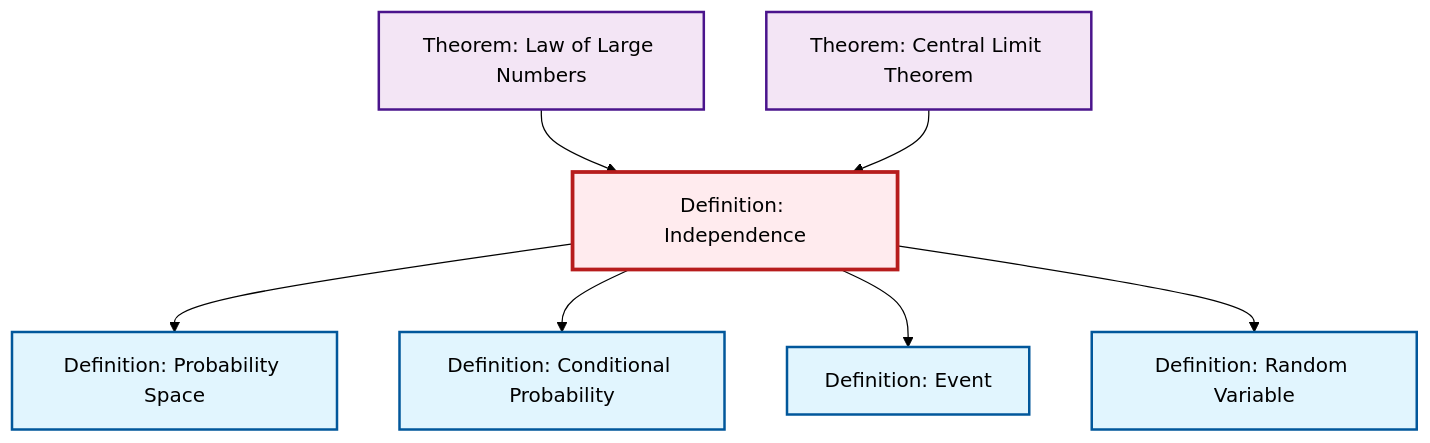
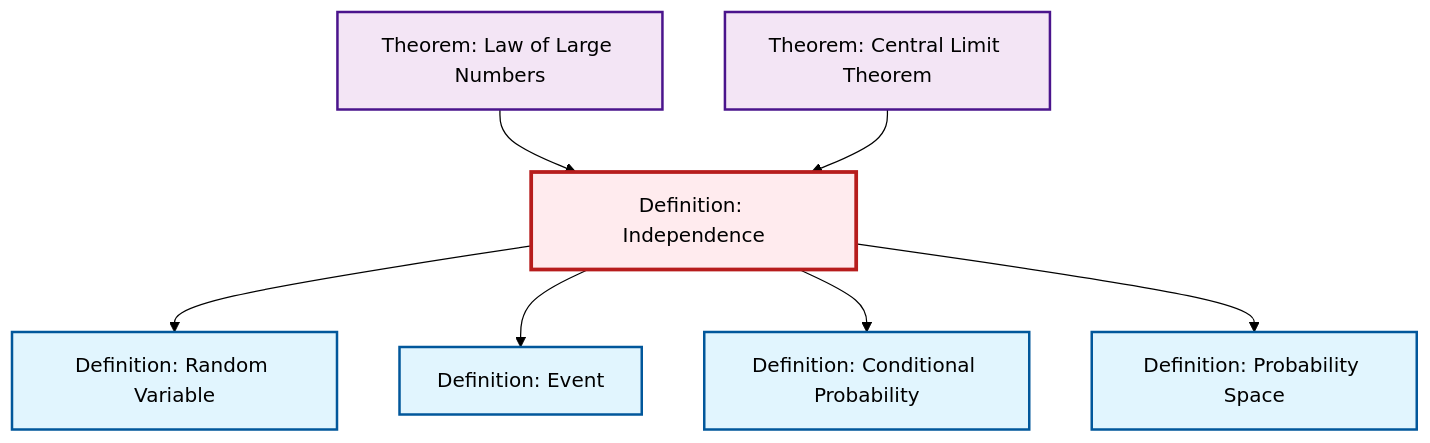
One commit to RK0429/ModernMath changed the diagram in content/en/probability-statistics/def-independence.qmd. Above: the diagram before and after it, drawn with Mermaid (forest theme). The commit also changed other lines of this file and 597 other files, not shown here.

````diff
--- a/content/en/probability-statistics/def-independence.qmd
+++ b/content/en/probability-statistics/def-independence.qmd
@@ -113,29 +113,29 @@
 ```{mermaid}
 %%| fig-cap: "Local dependency graph"
 graph TD
     classDef definition fill:#e1f5fe,stroke:#01579b,stroke-width:2px
     classDef theorem fill:#f3e5f5,stroke:#4a148c,stroke-width:2px
     classDef axiom fill:#fff3e0,stroke:#e65100,stroke-width:2px
     classDef example fill:#e8f5e9,stroke:#1b5e20,stroke-width:2px
     classDef current fill:#ffebee,stroke:#b71c1c,stroke-width:3px
     def-probability-space["Definition: Probability Space"]:::definition
+    thm-law-of-large-numbers["Theorem: Law of Large Numbers"]:::theorem
+    def-conditional-probability["Definition: Conditional Probability"]:::definition
+    def-random-variable["Definition: Random Variable"]:::definition
     def-independence["Definition: Independence"]:::definition
+    def-event["Definition: Event"]:::definition
     thm-central-limit["Theorem: Central Limit Theorem"]:::theorem
-    def-event["Definition: Event"]:::definition
-    thm-law-of-large-numbers["Theorem: Law of Large Numbers"]:::theorem
-    def-random-variable["Definition: Random Variable"]:::definition
-    def-conditional-probability["Definition: Conditional Probability"]:::definition
-    def-independence --> def-probability-space
+    def-independence --> def-random-variable
+    def-independence --> def-event
     def-independence --> def-conditional-probability
     thm-law-of-large-numbers --> def-independence
-    def-independence --> def-event
-    def-independence --> def-random-variable
     thm-central-limit --> def-independence
+    def-independence --> def-probability-space
     class def-independence current
     click def-probability-space "def-probability-space.html" "Go to Probability Space definition"
+    click thm-law-of-large-numbers "thm-law-of-large-numbers.html" "Go to Law of Large Numbers theorem"
+    click def-conditional-probability "def-conditional-probability.html" "Go to Conditional Probability definition"
+    click def-random-variable "def-random-variable.html" "Go to Random Variable definition"
+    click def-event "def-event.html" "Go to Event definition"
     click thm-central-limit "thm-central-limit.html" "Go to Central Limit Theorem theorem"
-    click def-event "def-event.html" "Go to Event definition"
-    click thm-law-of-large-numbers "thm-law-of-large-numbers.html" "Go to Law of Large Numbers theorem"
-    click def-random-variable "def-random-variable.html" "Go to Random Variable definition"
-    click def-conditional-probability "def-conditional-probability.html" "Go to Conditional Probability definition"
 ```
````
